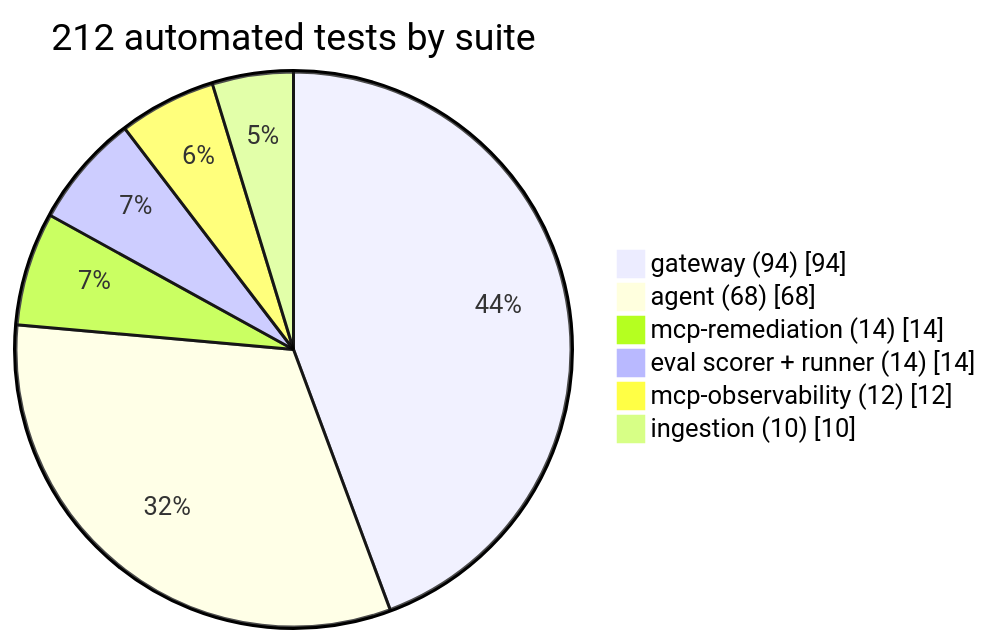
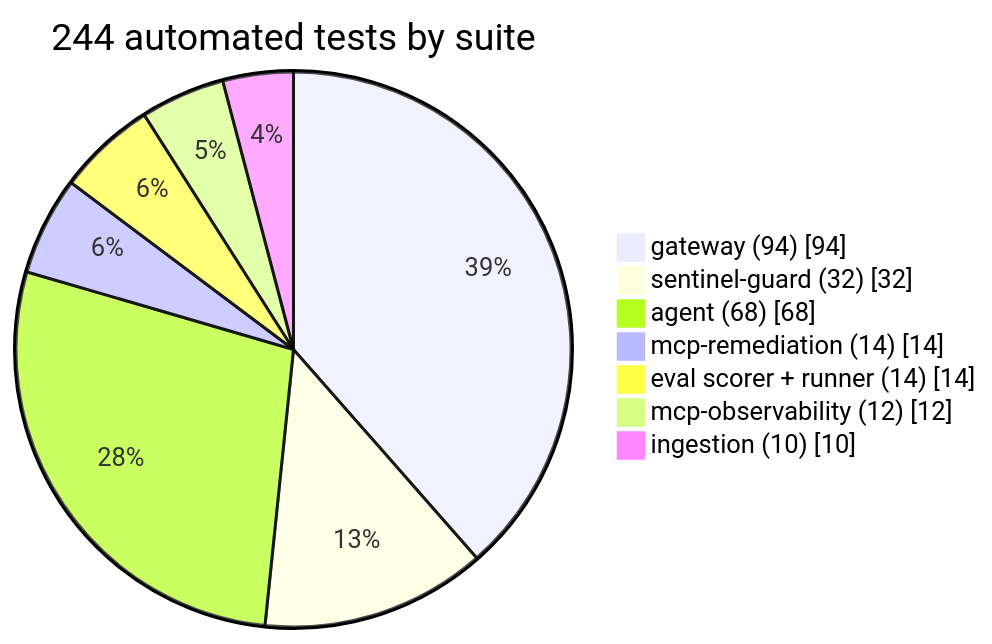
One commit to abdulmdev/sentinel-incident-copilot changed the diagram in docs/handbook/diagrams/14-chart-tests-by-suite.mmd. Above: the diagram before and after it, drawn with Mermaid. The commit also changed 90 other files, not shown here.

First line of the commit message:
Sentinel Guard (v2 alpha): envelope protection for any AI agent on Kubernetes

```diff
--- a/docs/handbook/diagrams/14-chart-tests-by-suite.mmd
+++ b/docs/handbook/diagrams/14-chart-tests-by-suite.mmd
@@ -1,8 +1,9 @@
 pie showData
-  title 212 automated tests by suite
+  title 244 automated tests by suite
   "gateway (94)" : 94
+  "sentinel-guard (32)" : 32
   "agent (68)" : 68
   "mcp-remediation (14)" : 14
   "eval scorer + runner (14)" : 14
   "mcp-observability (12)" : 12
   "ingestion (10)" : 10
```
